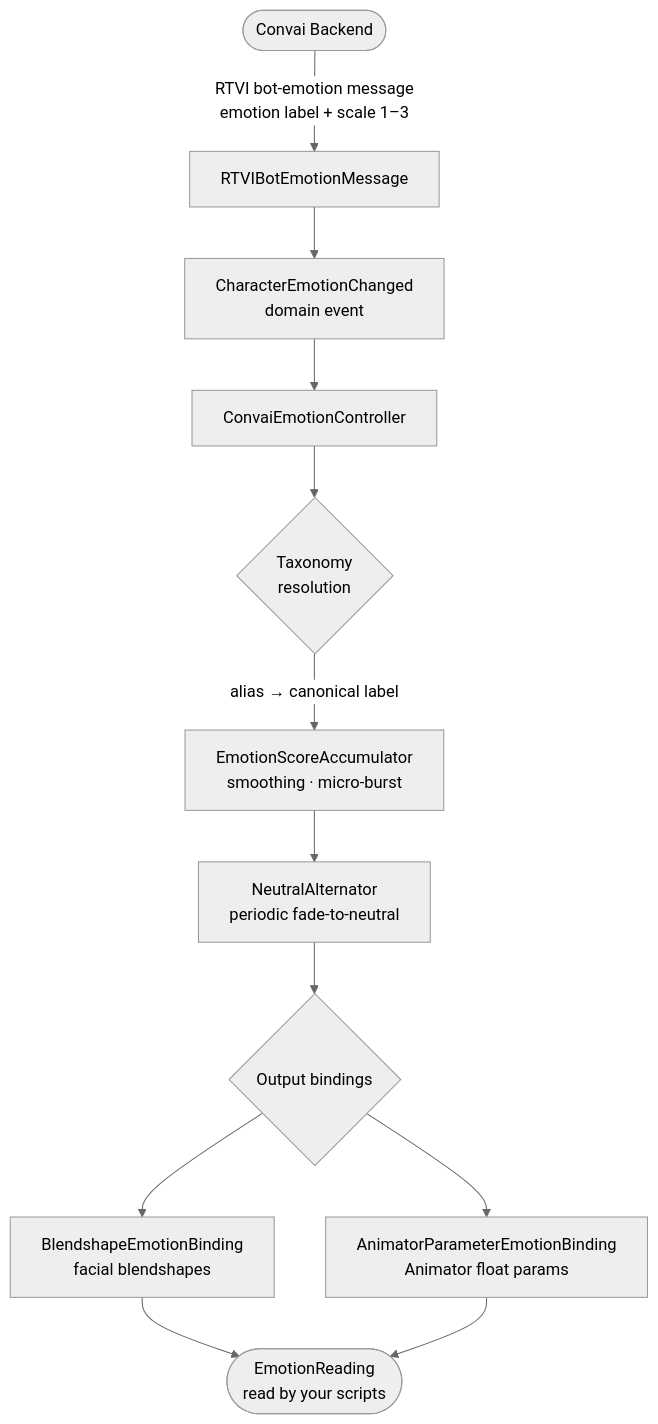
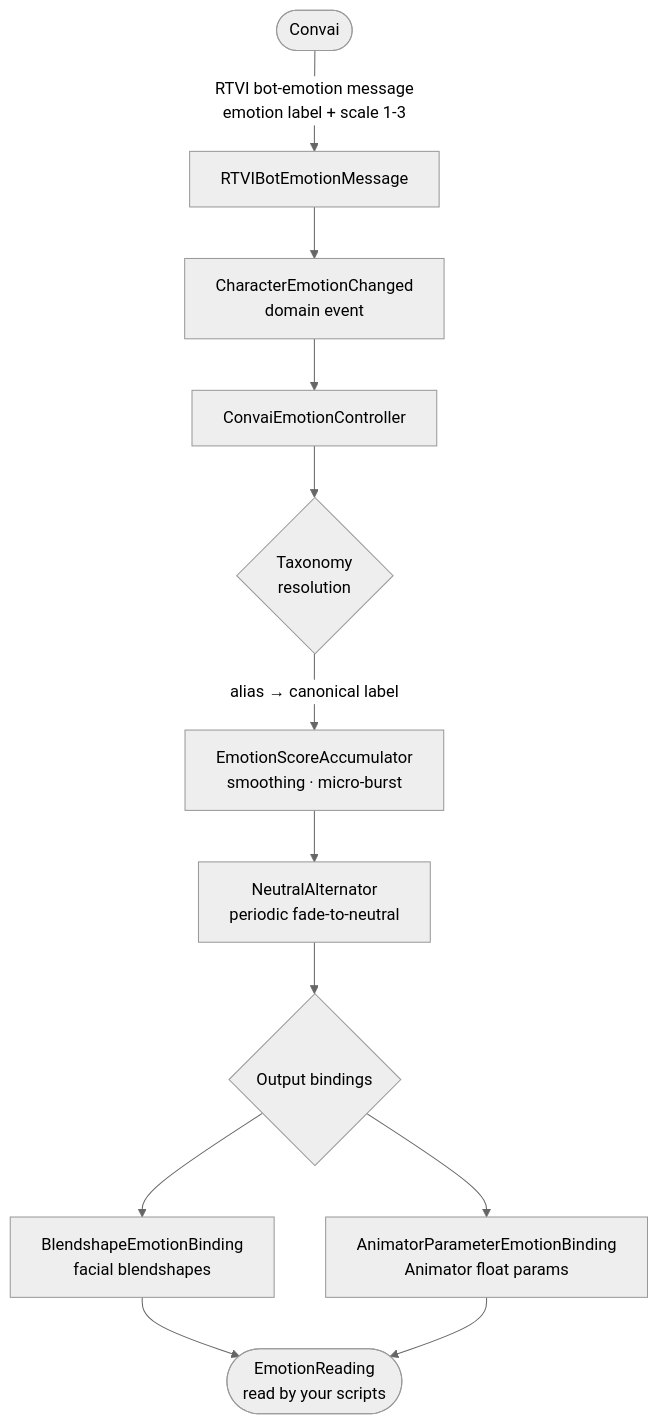
Before and after one commit to Conv-AI/Convai-Documentation: the diagram in plugins-and-integrations/convai-unity-sdk/features/emotion/how-the-emotion-system-works.md, drawn with Mermaid (neutral theme). The commit also changed other lines of this file and 3 other files, not shown here.

````diff
--- a/plugins-and-integrations/convai-unity-sdk/features/emotion/how-the-emotion-system-works.md
+++ b/plugins-and-integrations/convai-unity-sdk/features/emotion/how-the-emotion-system-works.md
@@ -12,13 +27,13 @@
 ```mermaid
 flowchart TD
-    A([Convai Backend]) -->|RTVI bot-emotion message\nemotion label + scale 1–3| B[RTVIBotEmotionMessage]
+    A([Convai]) -->|RTVI bot-emotion message\nemotion label + scale 1-3| B[RTVIBotEmotionMessage]
     B --> C[CharacterEmotionChanged\ndomain event]
     C --> D[ConvaiEmotionController]
     D --> E{Taxonomy\nresolution}
     E -->|alias → canonical label| F[EmotionScoreAccumulator\nsmoothing · micro-burst]
     F --> G[NeutralAlternator\nperiodic fade-to-neutral]
     G --> H{Output bindings}
     H --> I[BlendshapeEmotionBinding\nfacial blendshapes]
     H --> J[AnimatorParameterEmotionBinding\nAnimator float params]
     I & J --> K([EmotionReading\nread by your scripts])
 ```
````
